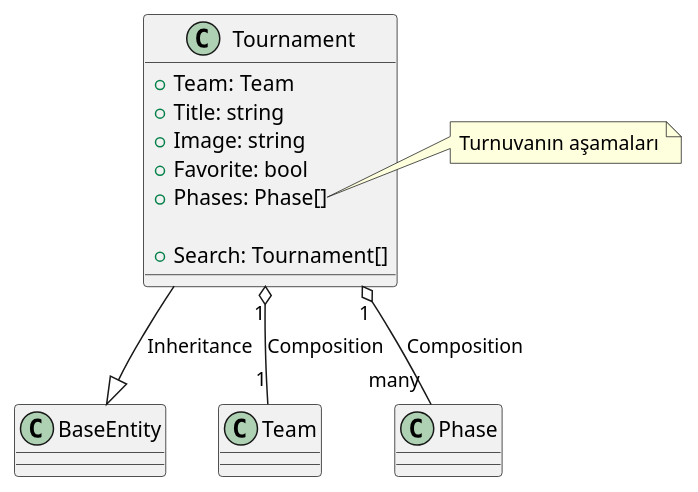
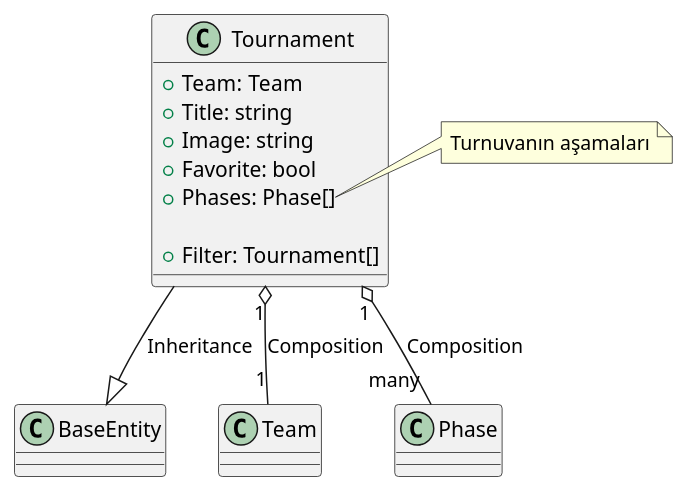
The diagram in uml/Tournament/Tournament.puml (evrendev/sport-club), drawn with PlantUML before and after one commit. The commit also changed 40 other files, not shown here.

```diff
--- a/uml/Tournament/Tournament.puml
+++ b/uml/Tournament/Tournament.puml
@@ -1,21 +1,21 @@
 @startuml Tournament Class Diagram
 
 class Tournament {
     + Team: Team
     + Title: string
     + Image: string
     + Favorite: bool
     + Phases: Phase[]
 
-    + Search: Tournament[]
+    + Filter: Tournament[]
 }
 
 Tournament --|> BaseEntity: Inheritance
 Tournament "1" o-- "1" Team: Composition
 Tournament "1" o-- "many" Phase: Composition
 
 note right of Tournament::Phases
 Turnuvanın aşamaları
 end note
 
 @enduml
```
